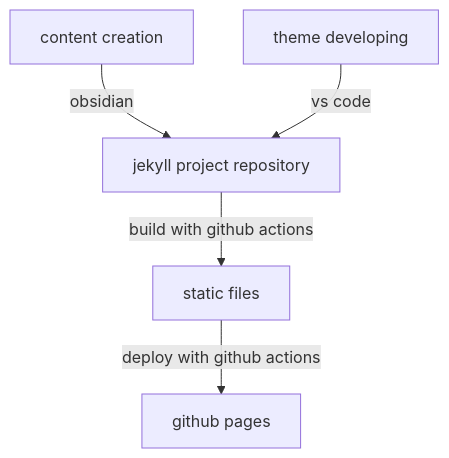
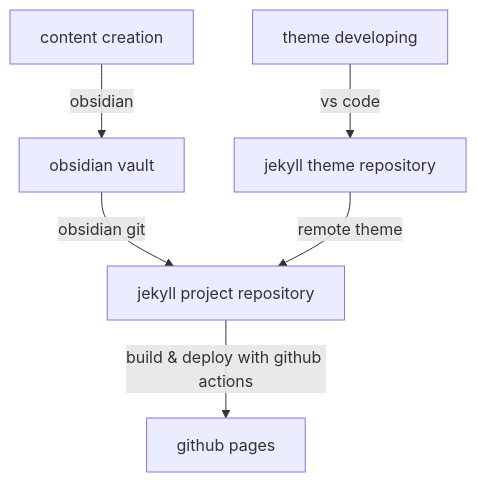
Before and after one commit to feeshy/feeshy.github.io: the diagram in README.md, drawn with Mermaid. The commit also changed 3 other files, not shown here.

````diff
--- a/README.md
+++ b/README.md
@@ -10,7 +10,6 @@
 ```mermaid
 flowchart TD
-A[content creation] -->|obsidian| C[jekyll project repository]
-B[theme developing] -->|vs code| C
-C -->|build with github actions| D[static files]
-D -->|deploy with github actions| E[github pages]
+A[content creation] -->|obsidian| B[obsidian vault] -->|obsidian git| C[jekyll project repository]
+D[theme developing] -->|vs code| E[jekyll theme repository] -->|remote theme| C
+C -->|build & deploy with github actions| F[github pages]
 ```
````
